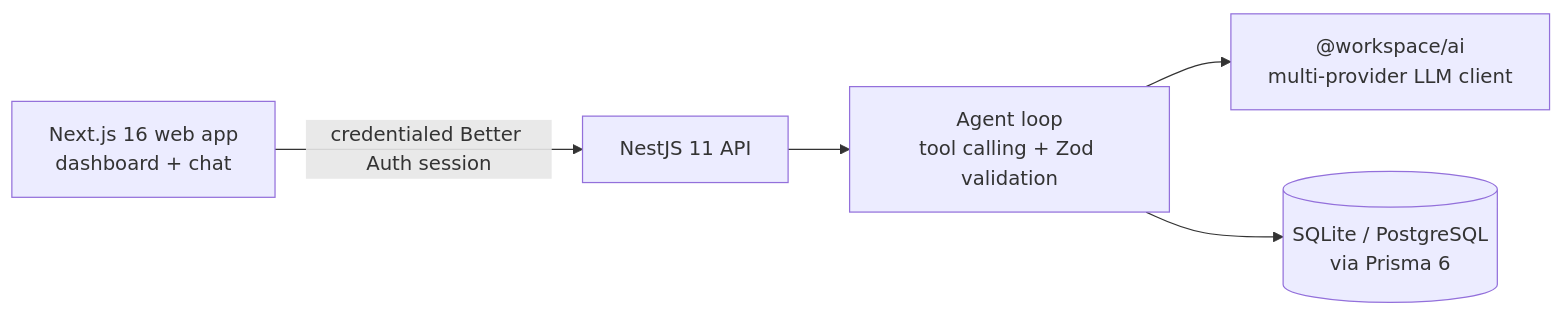
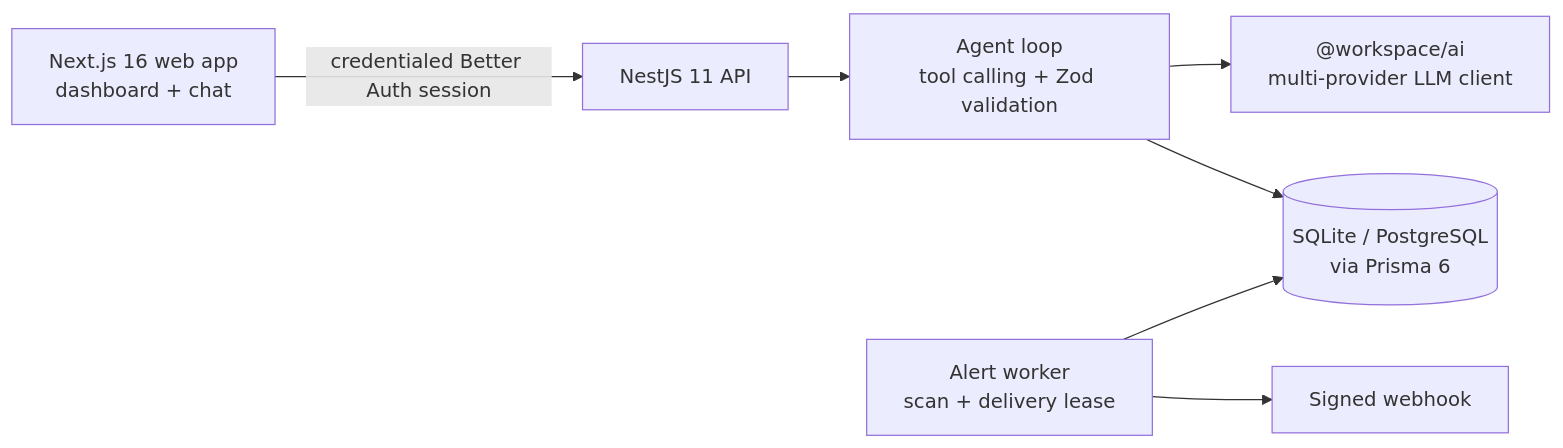
The diagram in README.md (leodyversemilla07/aya), drawn with Mermaid before and after one commit. The commit also changed other lines of this file and 47 other files, not shown here.

First line of the commit message:
feat(alerts): add background alert worker and notification inbox

````diff
--- a/README.md
+++ b/README.md
@@ -61,7 +67,9 @@
 ```mermaid
 flowchart LR
   Browser["Next.js 16 web app<br/>dashboard + chat"] -->|"credentialed Better Auth session"| API["NestJS 11 API"]
   API --> Agent["Agent loop<br/>tool calling + Zod validation"]
   Agent --> LLM["@workspace/ai<br/>multi-provider LLM client"]
   Agent --> DB[("SQLite / PostgreSQL<br/>via Prisma 6")]
+  Worker["Alert worker<br/>scan + delivery lease"] --> DB
+  Worker --> Webhook["Signed webhook"]
 ```
````
